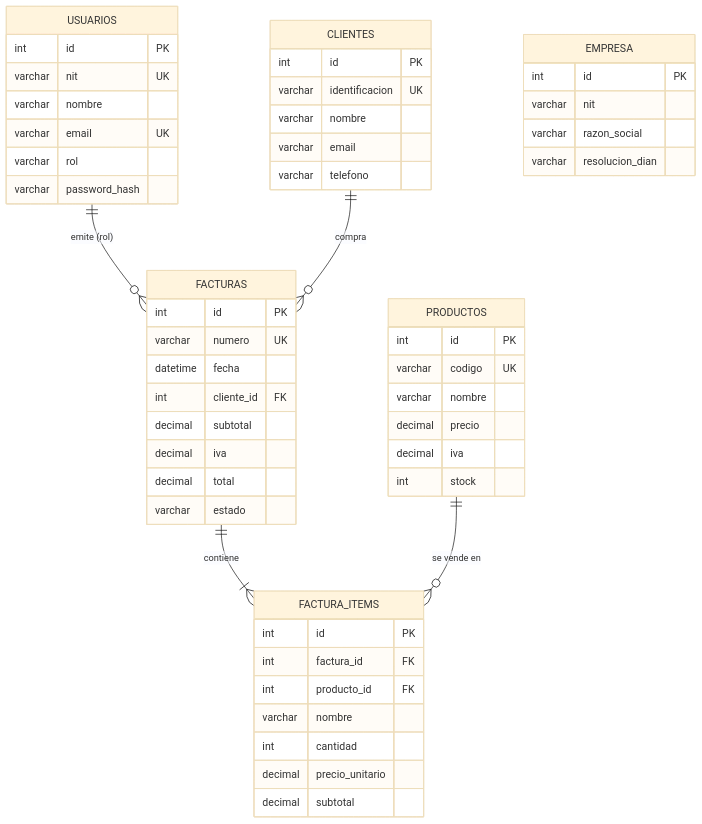
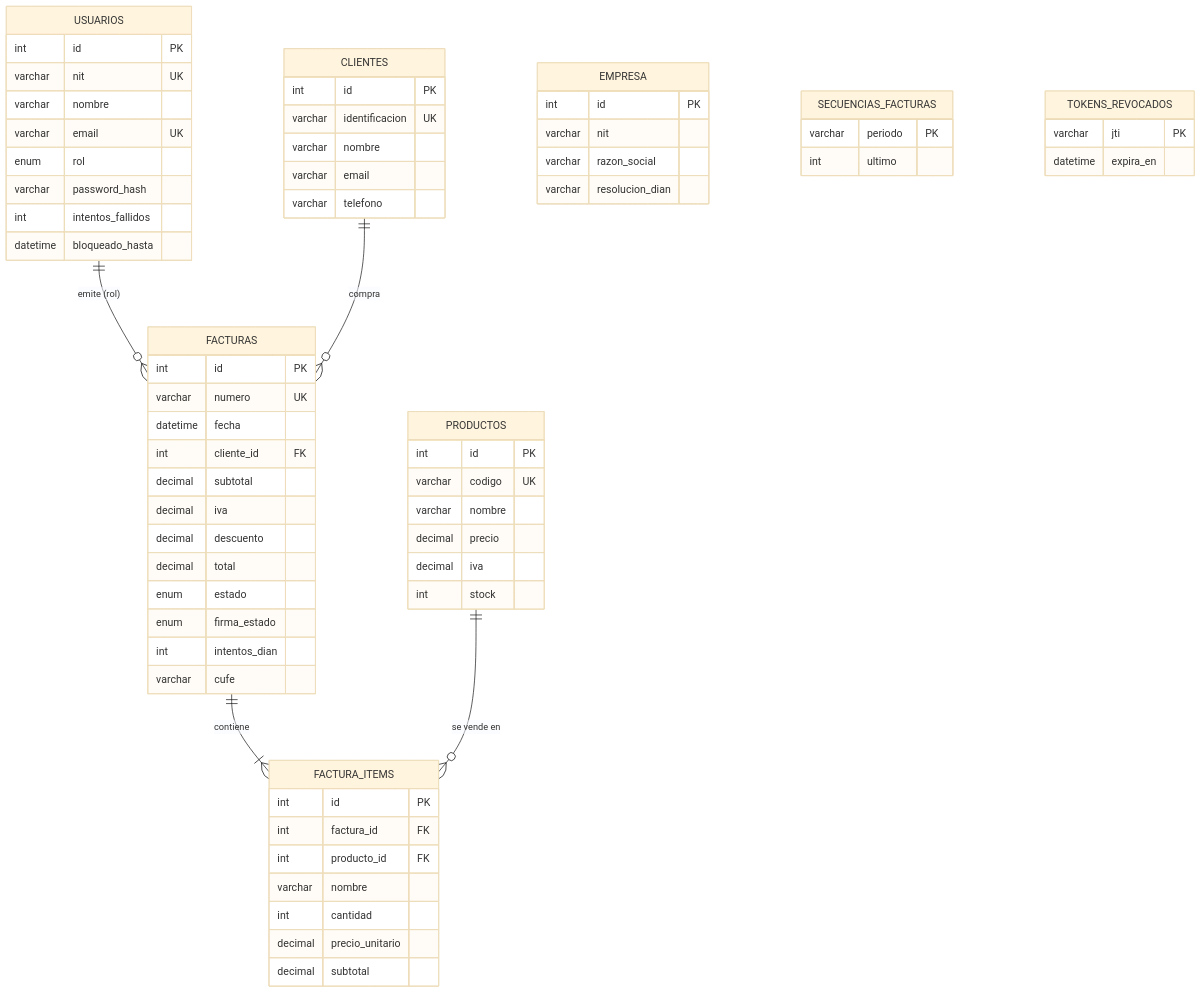
The diagram in backend/README.md (jhromero81/FacturaExpress_V3), drawn with Mermaid (base theme) before and after one commit. The commit also changed other lines of this file and 195 other files, not shown here.

````diff
--- a/backend/README.md
+++ b/backend/README.md
@@ -89,56 +101,70 @@
 ```mermaid
 erDiagram
     USUARIOS ||--o{ FACTURAS : "emite (rol)"
     CLIENTES ||--o{ FACTURAS : "compra"
     FACTURAS ||--|{ FACTURA_ITEMS : "contiene"
     PRODUCTOS ||--o{ FACTURA_ITEMS : "se vende en"
 
     USUARIOS {
         int id PK
         varchar nit UK
         varchar nombre
         varchar email UK
-        varchar rol
+        enum rol
         varchar password_hash
+        int intentos_fallidos
+        datetime bloqueado_hasta
     }
     CLIENTES {
         int id PK
         varchar identificacion UK
         varchar nombre
         varchar email
         varchar telefono
     }
     PRODUCTOS {
         int id PK
         varchar codigo UK
         varchar nombre
         decimal precio
         decimal iva
         int stock
     }
     FACTURAS {
         int id PK
         varchar numero UK
         datetime fecha
         int cliente_id FK
         decimal subtotal
         decimal iva
+        decimal descuento
         decimal total
-        varchar estado
+        enum estado
+        enum firma_estado
+        int intentos_dian
+        varchar cufe
     }
     FACTURA_ITEMS {
         int id PK
         int factura_id FK
         int producto_id FK
         varchar nombre
         int cantidad
         decimal precio_unitario
         decimal subtotal
     }
     EMPRESA {
         int id PK
         varchar nit
         varchar razon_social
         varchar resolucion_dian
     }
+    SECUENCIAS_FACTURAS {
+        varchar periodo PK
+        int ultimo
+    }
+    TOKENS_REVOCADOS {
+        varchar jti PK
+        datetime expira_en
+    }
 ```
````
